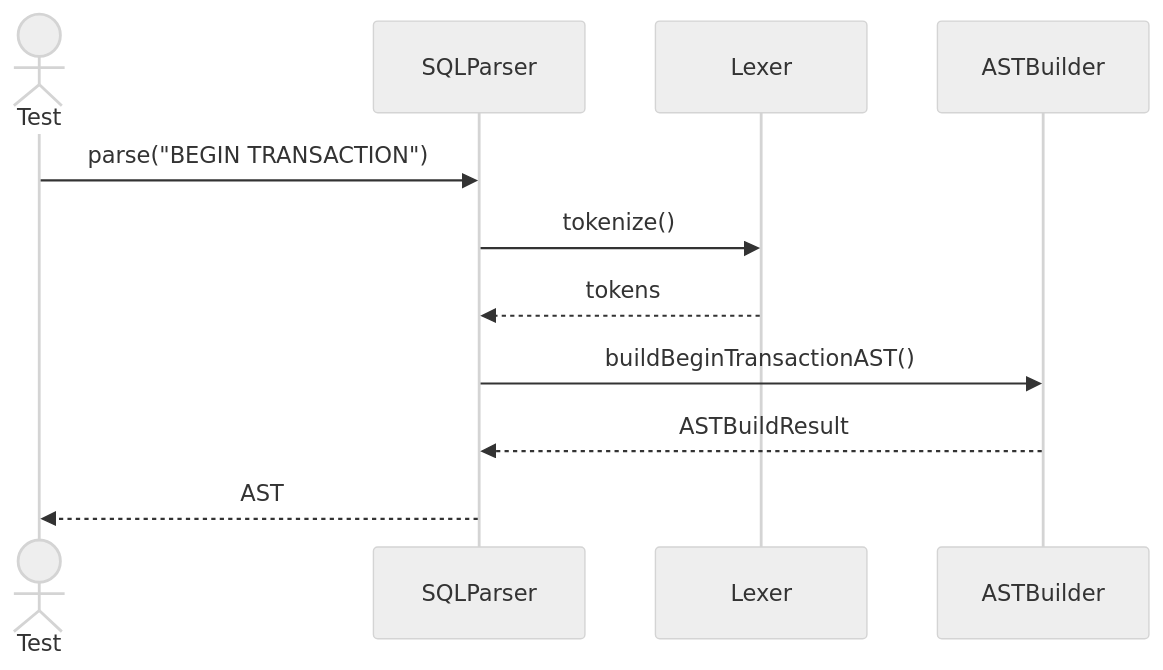
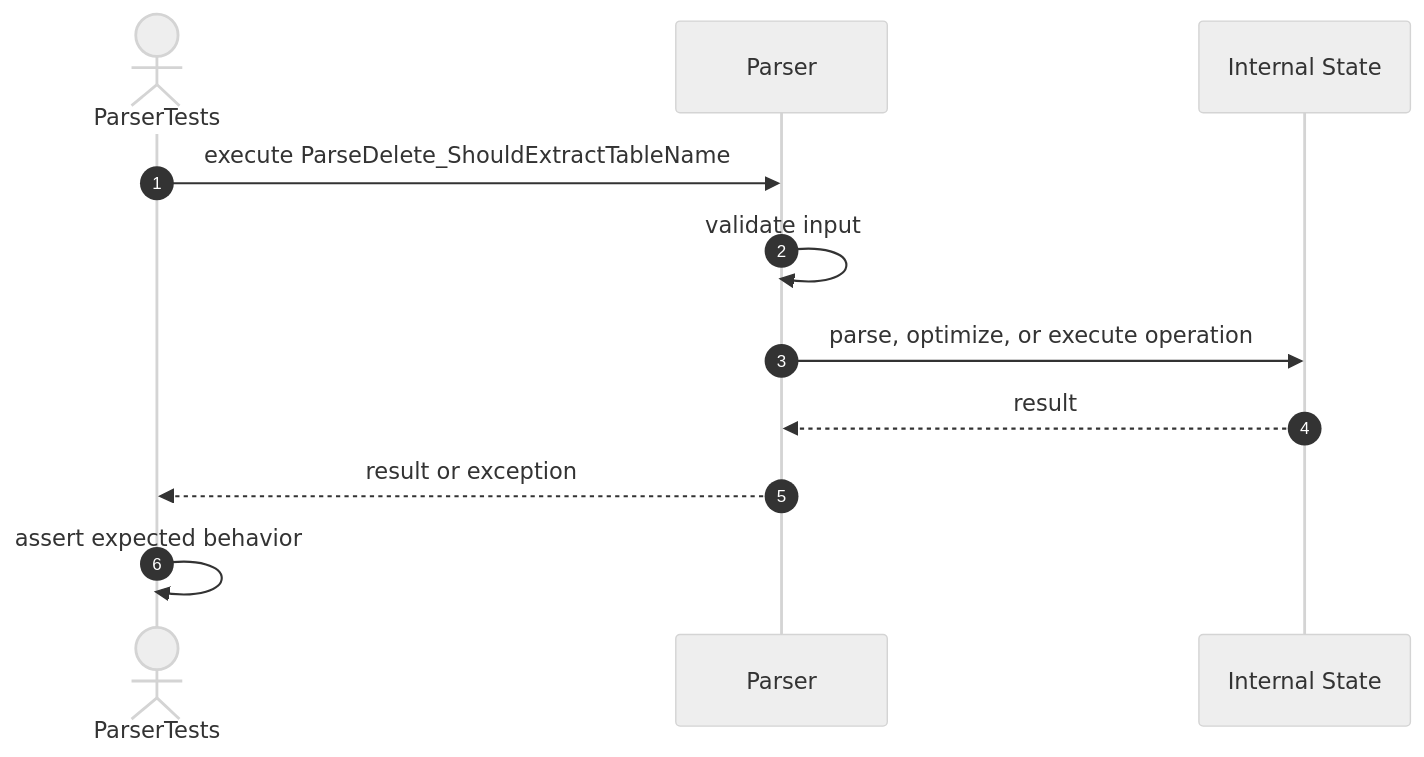
One commit to FhuAnn/-bbv-AN-s-DBMS changed diagram 17 of 22 in src/tests/unit/query/sequences/sql-parser-testing.se.md. Above: the diagram before and after it, drawn with Mermaid (neutral theme). The commit also changed other lines of this file and 36 other files, not shown here.

````diff
--- a/src/tests/unit/query/sequences/sql-parser-testing.se.md
+++ b/src/tests/unit/query/sequences/sql-parser-testing.se.md
@@ -308,14 +283,14 @@
 ```mermaid
 sequenceDiagram
-actor Test
-participant SQLParser
-participant Lexer
-participant ASTBuilder
+    autonumber
+    actor Test as ParserTests
+    participant Target as Parser
+    participant Internal as Internal State
 
-Test->>SQLParser: parse("BEGIN TRANSACTION")
-SQLParser->>Lexer: tokenize()
-Lexer-->>SQLParser: tokens
-SQLParser->>ASTBuilder: buildBeginTransactionAST()
-ASTBuilder-->>SQLParser: ASTBuildResult
-SQLParser-->>Test: AST
+    Test->>Target: execute ParseDelete_ShouldExtractTableName
+    Target->>Target: validate input
+    Target->>Internal: parse, optimize, or execute operation
+    Internal-->>Target: result
+    Target-->>Test: result or exception
+    Test->>Test: assert expected behavior
 ```
````
